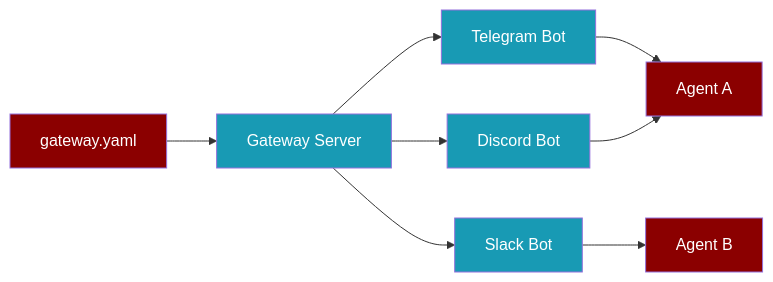
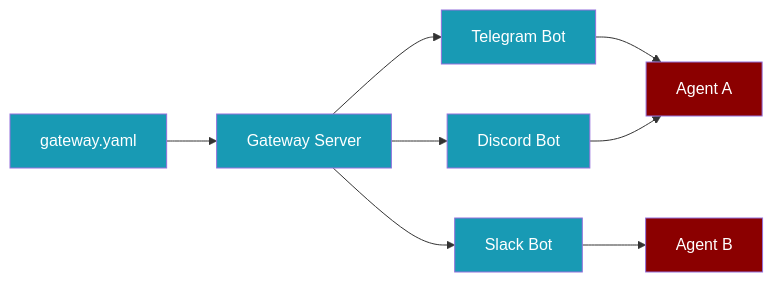
Before and after one commit to MervinPraison/PraisonAIDocs: the first of 3 diagrams in docs/features/bot-gateway.mdx, drawn with Mermaid. The commit also changed 24 other files, not shown here.

````diff
--- a/docs/features/bot-gateway.mdx
+++ b/docs/features/bot-gateway.mdx
@@ -8,18 +8,16 @@
 ```mermaid
 flowchart LR
     Config[gateway.yaml] --> Gateway[Gateway Server]
     Gateway --> TG[Telegram Bot]
     Gateway --> DC[Discord Bot]
     Gateway --> SL[Slack Bot]
     TG --> AgentA[Agent A]
     DC --> AgentA
     SL --> AgentB[Agent B]
     
-    style Config fill:#8B0000,color:#fff
-    style Gateway fill:#189AB4,color:#fff
-    style TG fill:#189AB4,color:#fff
-    style DC fill:#189AB4,color:#fff
-    style SL fill:#189AB4,color:#fff
-    style AgentA fill:#8B0000,color:#fff
-    style AgentB fill:#8B0000,color:#fff
+    classDef agent fill:#8B0000,color:#fff
+    classDef tool fill:#189AB4,color:#fff
+    
+    class AgentA,AgentB agent
+    class Config,Gateway,TG,DC,SL tool
 ```
````
